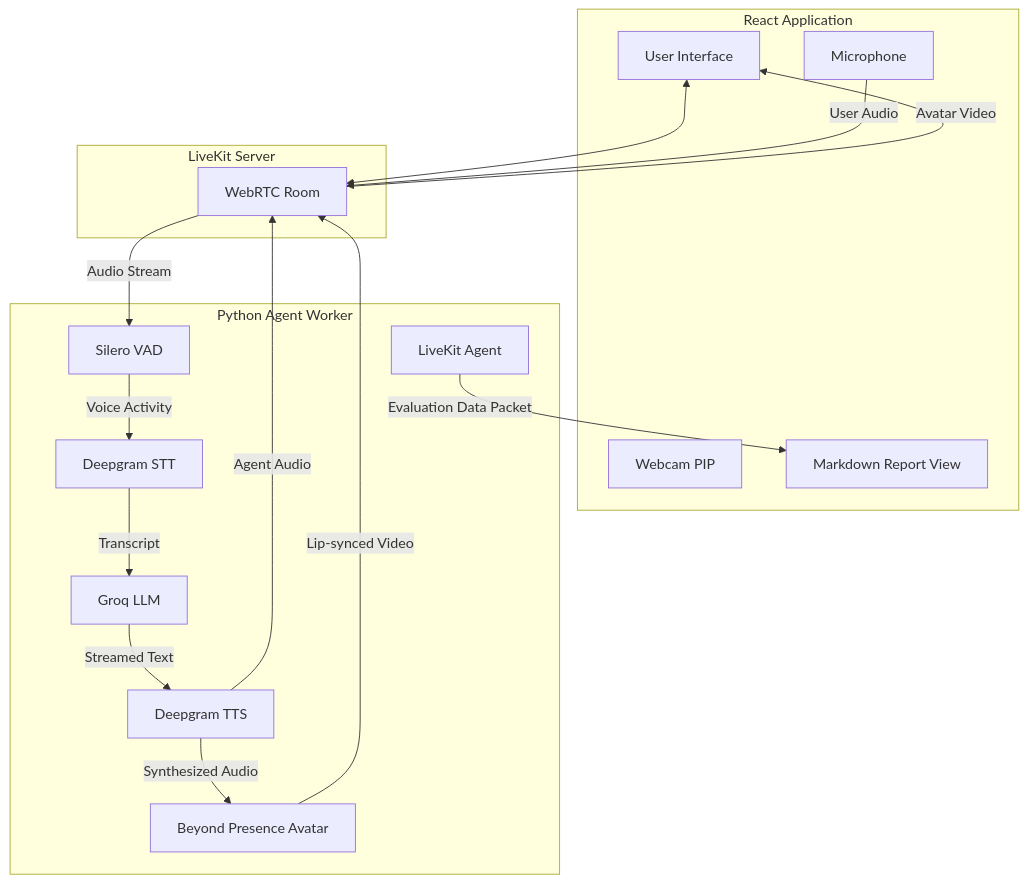
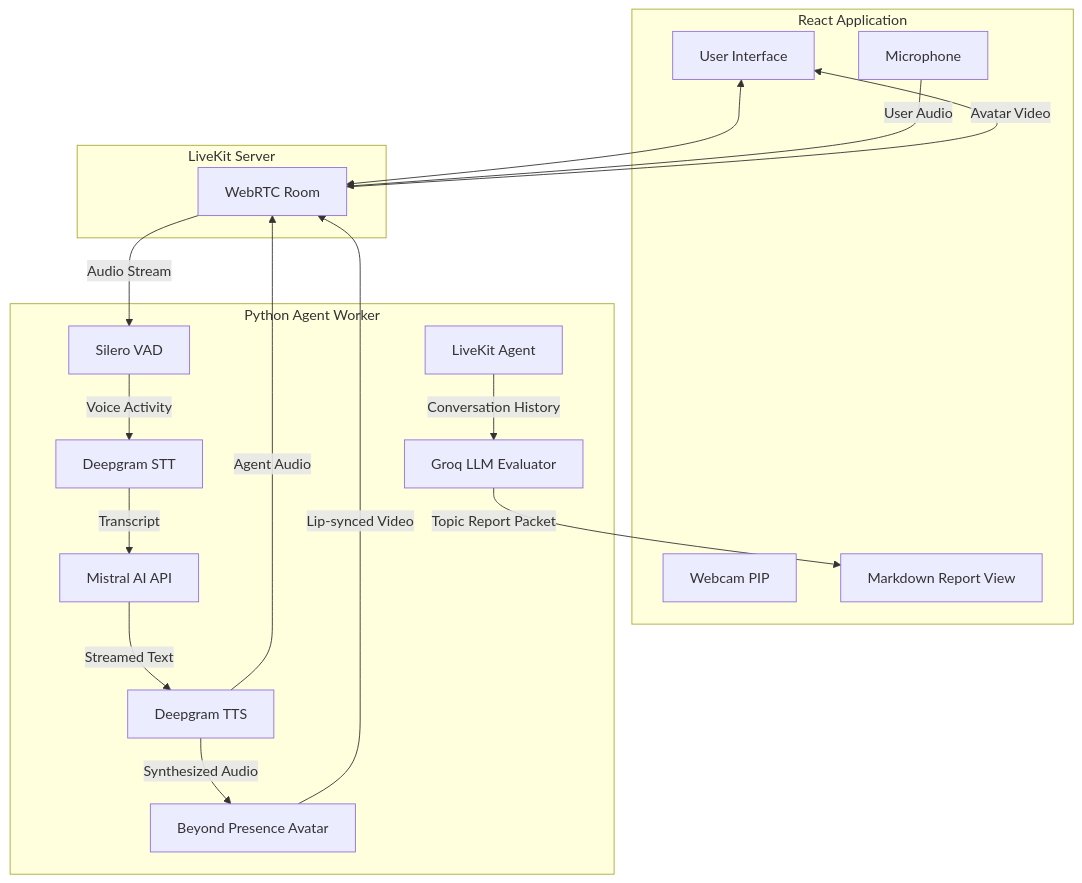
Before and after one commit to shantanushinde99/TalkFlow-AI-: the first of 2 diagrams in README.md, drawn with Mermaid. The commit also changed other lines of this file, not shown here.

Commit message:
Update README with Mistral API, dual-LLM architecture, avatar fallback, and topic evaluation

````diff
--- a/README.md
+++ b/README.md
@@ -36,34 +37,36 @@
 ```mermaid
 graph TD
     subgraph Frontend [React Application]
         UI[User Interface]
         Mic[Microphone]
         Cam[Webcam PIP]
         Report[Markdown Report View]
     end
 
     subgraph Transport [LiveKit Server]
         RTC[WebRTC Room]
     end
 
     subgraph Backend [Python Agent Worker]
         Agent[LiveKit Agent]
         VAD[Silero VAD]
         STT[Deepgram STT]
-        LLM[Groq LLM]
+        LLM[Mistral AI API]
         TTS[Deepgram TTS]
         Avatar[Beyond Presence Avatar]
+        Evaluator[Groq LLM Evaluator]
     end
 
     UI <--> RTC
     Mic -->|User Audio| RTC
     RTC -->|Audio Stream| VAD
     VAD -->|Voice Activity| STT
     STT -->|Transcript| LLM
     LLM -->|Streamed Text| TTS
     TTS -->|Synthesized Audio| Avatar
     TTS -->|Agent Audio| RTC
     Avatar -->|Lip-synced Video| RTC
     RTC -->|Avatar Video| UI
-    Agent -->|Evaluation Data Packet| Report
+    Agent -->|Conversation History| Evaluator
+    Evaluator -->|Topic Report Packet| Report
 ```
````
